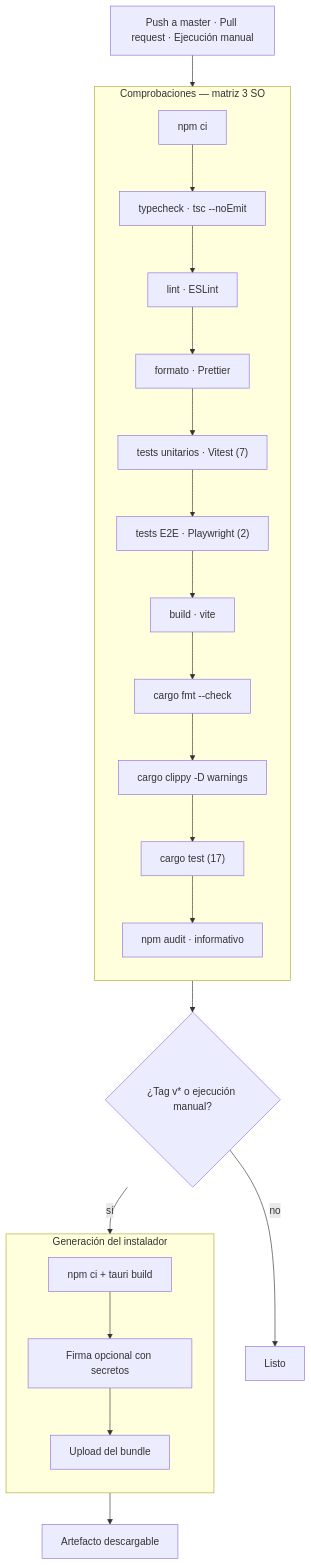
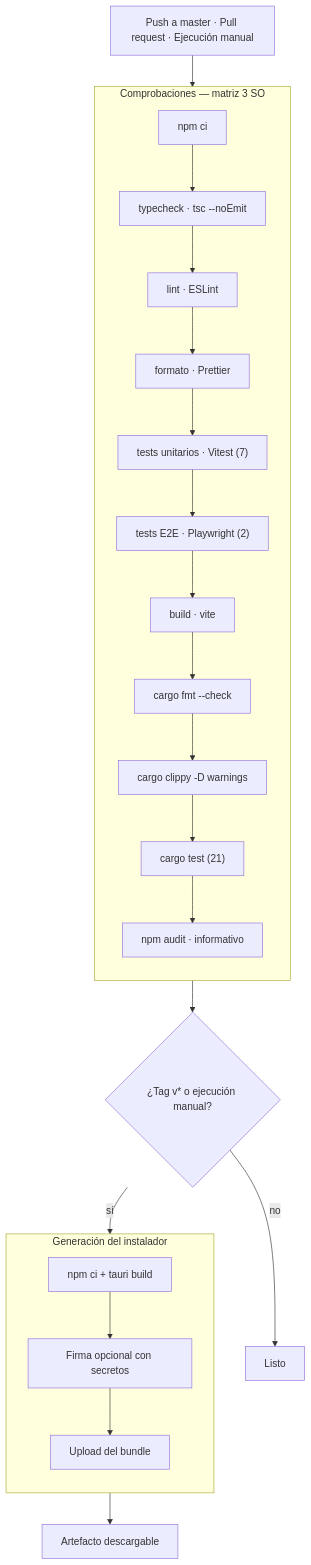
The diagram in docs/pipeline.md (YordanoCS1/sakura-music), drawn with Mermaid before and after one commit. The commit also changed other lines of this file and 22 other files, not shown here.

````diff
--- a/docs/pipeline.md
+++ b/docs/pipeline.md
@@ -7,29 +7,29 @@
 ```mermaid
 flowchart TD
     IN["Push a master · Pull request · Ejecución manual"] --> CHK
 
     subgraph CHK["Comprobaciones — matriz 3 SO"]
       direction TB
       S1["npm ci"] --> S2["typecheck · tsc --noEmit"]
       S2 --> S3["lint · ESLint"]
       S3 --> S4["formato · Prettier"]
       S4 --> S5["tests unitarios · Vitest (7)"]
       S5 --> S6["tests E2E · Playwright (2)"]
       S6 --> S7["build · vite"]
       S7 --> S8["cargo fmt --check"]
       S8 --> S9["cargo clippy -D warnings"]
-      S9 --> S10["cargo test (17)"]
+      S9 --> S10["cargo test (21)"]
       S10 --> S11["npm audit · informativo"]
     end
 
     CHK --> GATE{"¿Tag v* o ejecución manual?"}
     GATE -->|"no"| FIN["Listo"]
     GATE -->|"sí"| BUILD["Job build · windows-latest"]
 
     subgraph BUILD["Generación del instalador"]
       direction TB
       B1["npm ci + tauri build"] --> B2["Firma opcional con secretos"] --> B3["Upload del bundle"]
     end
 
     BUILD --> FIN2["Artefacto descargable"]
 ```
````
